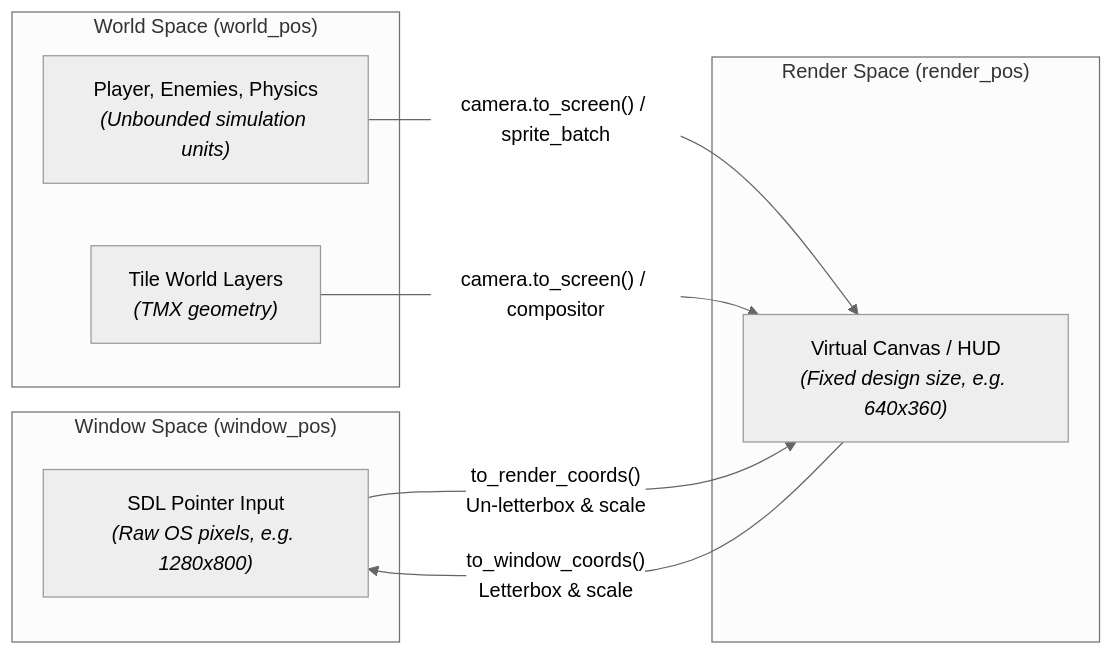
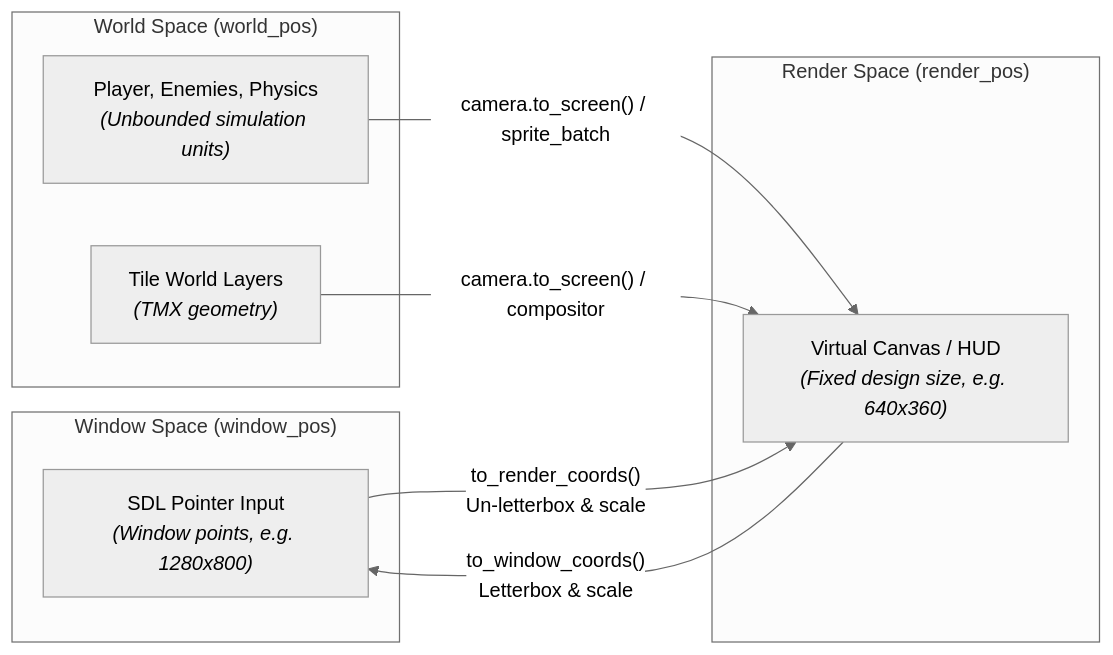
The first of 4 diagrams in website/docs/concepts/coordinate-spaces.md (devbrain/neutrino), drawn with Mermaid (neutral theme) before and after one commit. The commit also changed other lines of this file and 94 other files, not shown here.

````diff
--- a/website/docs/concepts/coordinate-spaces.md
+++ b/website/docs/concepts/coordinate-spaces.md
@@ -21,20 +25,20 @@
 ```mermaid
 flowchart LR
     subgraph OS ["Window Space (window_pos)"]
-        WinMouse["SDL Pointer Input<br/><i>(Raw OS pixels, e.g. 1280x800)</i>"]
+        WinMouse["SDL Pointer Input<br/><i>(Window points, e.g. 1280x800)</i>"]
     end
 
     subgraph Presentation ["Render Space (render_pos)"]
         HUD["Virtual Canvas / HUD<br/><i>(Fixed design size, e.g. 640x360)</i>"]
     end
 
     subgraph Simulation ["World Space (world_pos)"]
         Actors["Player, Enemies, Physics<br/><i>(Unbounded simulation units)</i>"]
         Map["Tile World Layers<br/><i>(TMX geometry)</i>"]
     end
 
     WinMouse -->|"to_render_coords()<br/>Un-letterbox & scale"| HUD
     HUD -->|"to_window_coords()<br/>Letterbox & scale"| WinMouse
     Actors -->|"camera.to_screen() / sprite_batch"| HUD
     Map -->|"camera.to_screen() / compositor"| HUD
 ```
````
